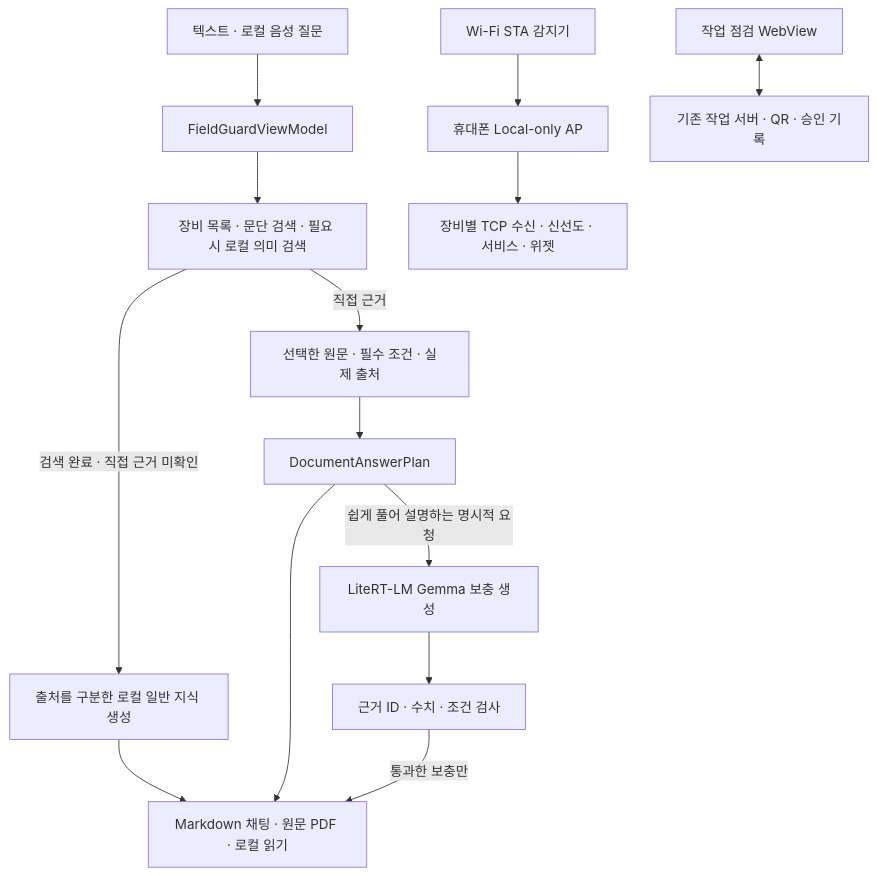
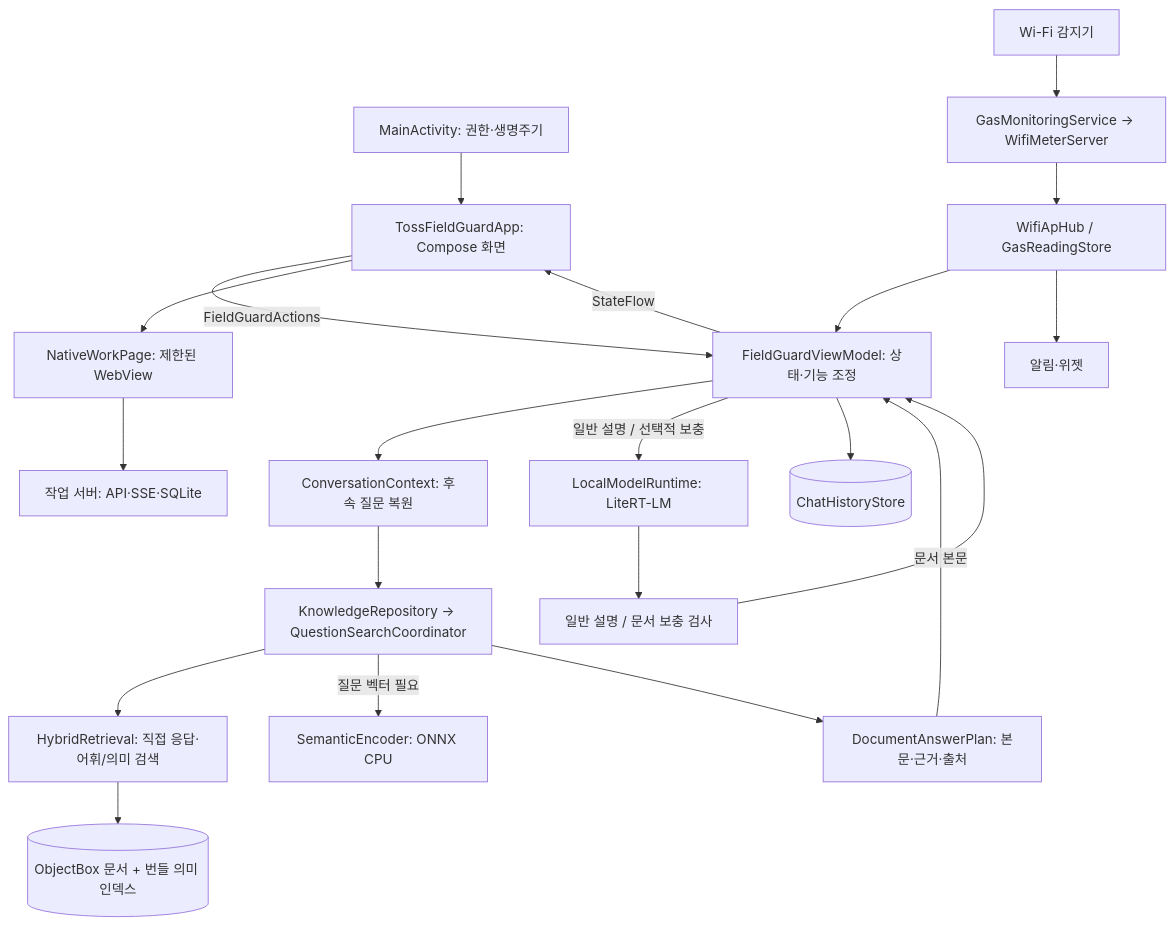
One commit to minyook/HybridTech changed the diagram in README.md. Above: the diagram before and after it, drawn with Mermaid. The commit also changed other lines of this file and 385 other files, not shown here.

First line of the commit message:
feat(android): improve answer preparation and add local model comparison

````diff
--- a/README.md
+++ b/README.md
@@ -78,16 +60,23 @@
 ```mermaid
 flowchart TD
-  Q[텍스트 · 로컬 음성 질문] --> VM[FieldGuardViewModel]
-  VM --> R[장비 목록 · 문단 검색 · 필요 시 로컬 의미 검색]
-  R -->|직접 근거| D[선택한 원문 · 필수 조건 · 실제 출처]
-  R -->|검색 완료 · 직접 근거 미확인| K[출처를 구분한 로컬 일반 지식 생성]
-  K --> UI
-  D --> P[DocumentAnswerPlan]
-  P --> UI[Markdown 채팅 · 원문 PDF · 로컬 읽기]
-  P -->|쉽게 풀어 설명하는 명시적 요청| AI[LiteRT-LM Gemma 보충 생성]
-  AI --> V[근거 ID · 수치 · 조건 검사]
-  V -->|통과한 보충만| UI
-  B[Wi-Fi STA 감지기] --> AP[휴대폰 Local-only AP]
-  AP --> G[장비별 TCP 수신 · 신선도 · 서비스 · 위젯]
-  W[작업 점검 WebView] <--> S[기존 작업 서버 · QR · 승인 기록]
+    A[MainActivity: 권한·생명주기] --> UI[TossFieldGuardApp: Compose 화면]
+    UI -->|FieldGuardActions| VM[FieldGuardViewModel: 상태·기능 조정]
+    VM --> CC[ConversationContext: 후속 질문 복원]
+    CC --> R[KnowledgeRepository → QuestionSearchCoordinator]
+    R --> H[HybridRetrieval: 직접 응답·어휘/의미 검색]
+    H --> DB[(ObjectBox 문서 + 번들 의미 인덱스)]
+    R -->|질문 벡터 필요| E[SemanticEncoder: ONNX CPU]
+    R --> P[DocumentAnswerPlan: 본문·근거·출처]
+    P -->|문서 본문| VM
+    VM -->|일반 설명 / 선택적 보충| LM[LocalModelRuntime: LiteRT-LM]
+    LM --> V[일반 설명 / 문서 보충 검사]
+    V --> VM
+    VM -->|StateFlow| UI
+    VM --> CH[(ChatHistoryStore)]
+    UI --> W[NativeWorkPage: 제한된 WebView]
+    W --> API[작업 서버: API·SSE·SQLite]
+    M[Wi-Fi 감지기] --> AP[GasMonitoringService → WifiMeterServer]
+    AP --> HUB[WifiApHub / GasReadingStore]
+    HUB --> VM
+    HUB --> N[알림·위젯]
 ```
````
